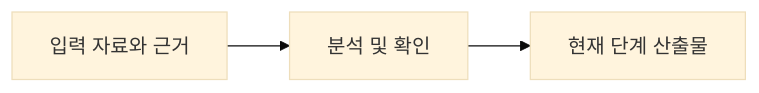
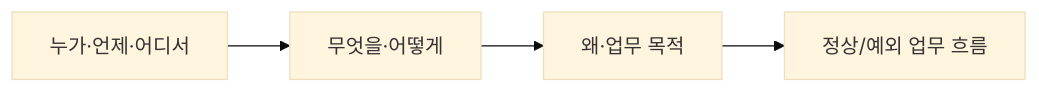
The diagram in sdlc/templates/core/process-analysis.md (Seunghyun0606/SDLC_DDD_SDD), drawn with Mermaid (base theme) before and after one commit. The commit also changed other lines of this file, not shown here.

````diff
--- a/sdlc/templates/core/process-analysis.md
+++ b/sdlc/templates/core/process-analysis.md
@@ -26,4 +26,4 @@
 ```mermaid
 flowchart LR
-    I["입력 자료와 근거"] --> A["분석 및 확인"] --> O["현재 단계 산출물"]
+    W["누가·언제·어디서"] --> A["무엇을·어떻게"] --> P["왜·업무 목적"] --> F["정상/예외 업무 흐름"]
 ```
````
